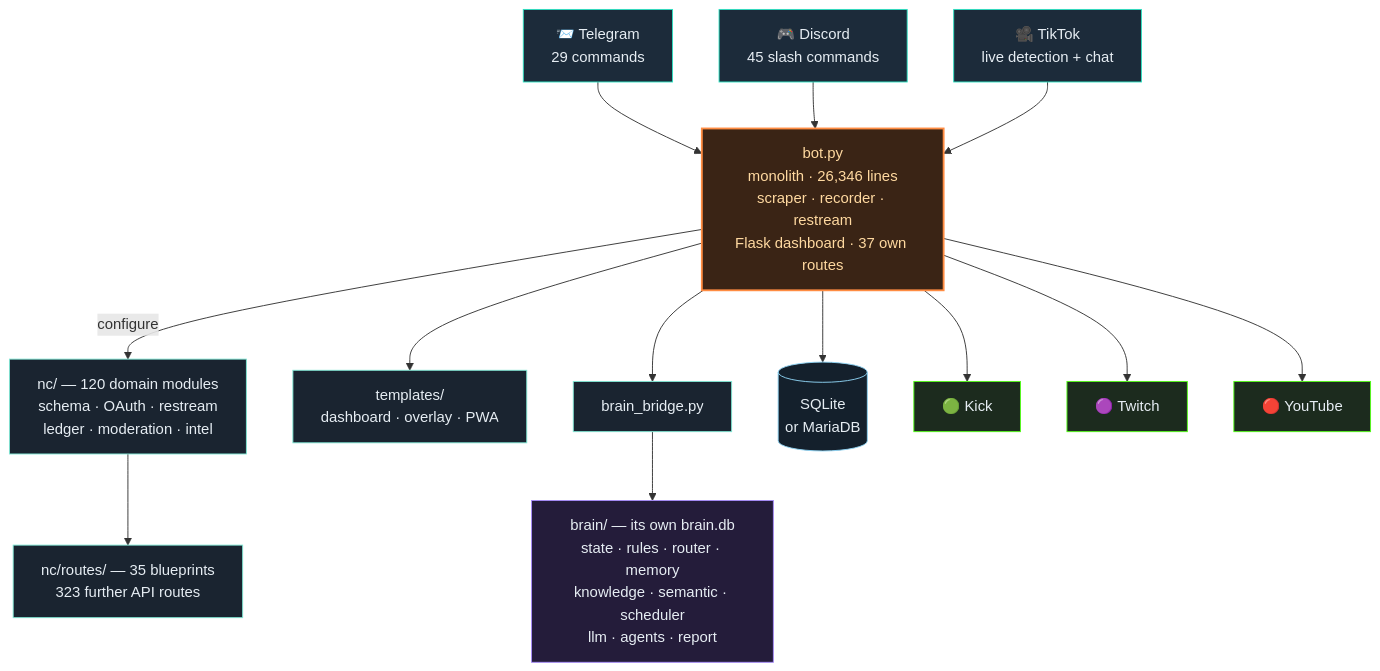
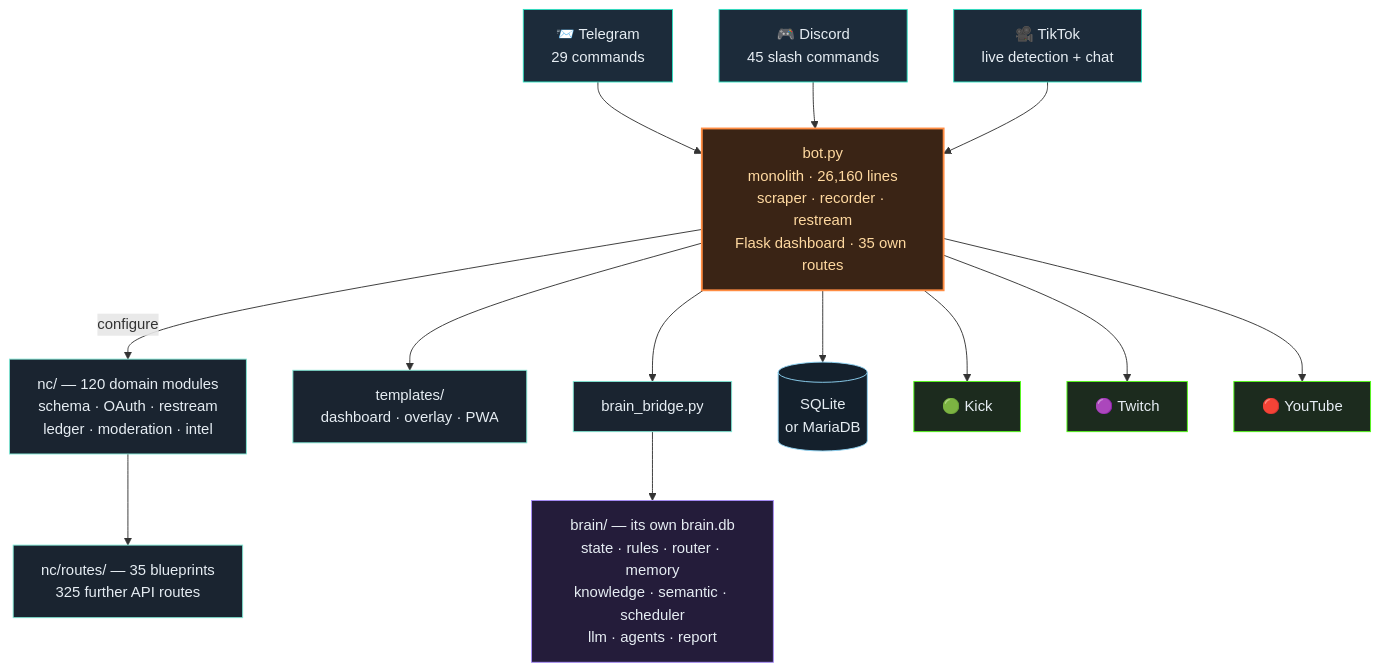
The third of 4 diagrams in README.en.md (itsamemedev/Telegram-Stream-Info-Bot), drawn with Mermaid before and after one commit. The commit also changed other lines of this file and 11 other files, not shown here.

````diff
--- a/README.en.md
+++ b/README.en.md
@@ -190,30 +190,30 @@
 ```mermaid
 flowchart TB
     TG["📨 Telegram<br/>29 commands"]:::ein
     DC["🎮 Discord<br/>45 slash commands"]:::ein
     TT["🎥 TikTok<br/>live detection + chat"]:::ein
 
     TG --> BOT
     DC --> BOT
     TT --> BOT
 
-    BOT["bot.py<br/>monolith · 26,346 lines<br/>scraper · recorder · restream<br/>Flask dashboard · 37 own routes"]:::core
+    BOT["bot.py<br/>monolith · 26,160 lines<br/>scraper · recorder · restream<br/>Flask dashboard · 35 own routes"]:::core
 
     BOT -->|configure| NC["nc/ — 120 domain modules<br/>schema · OAuth · restream<br/>ledger · moderation · intel"]:::lib
-    NC --> RT["nc/routes/ — 35 blueprints<br/>323 further API routes"]:::lib
+    NC --> RT["nc/routes/ — 35 blueprints<br/>325 further API routes"]:::lib
     BOT --> TPL["templates/<br/>dashboard · overlay · PWA"]:::lib
     BOT --> BR["brain_bridge.py"]:::lib
     BR --> BRAIN["brain/ — its own brain.db<br/>state · rules · router · memory<br/>knowledge · semantic · scheduler<br/>llm · agents · report"]:::brain
     BOT --> DB[("SQLite<br/>or MariaDB")]:::db
 
     BOT --> KICK["🟢 Kick"]:::out
     BOT --> TW["🟣 Twitch"]:::out
     BOT --> YT["🔴 YouTube"]:::out
 
     classDef ein fill:#1c2b3a,stroke:#2de1c2,color:#e6edf3
     classDef core fill:#3a2415,stroke:#ff8c42,stroke-width:2px,color:#ffd9a0
     classDef lib fill:#1a2430,stroke:#7fe7d4,color:#e6edf3
     classDef brain fill:#241c3a,stroke:#a78bfa,color:#e6edf3
     classDef db fill:#14202c,stroke:#8fd3f4,color:#e6edf3
     classDef out fill:#1c2b1e,stroke:#53fc18,color:#e6edf3
 ```
````
